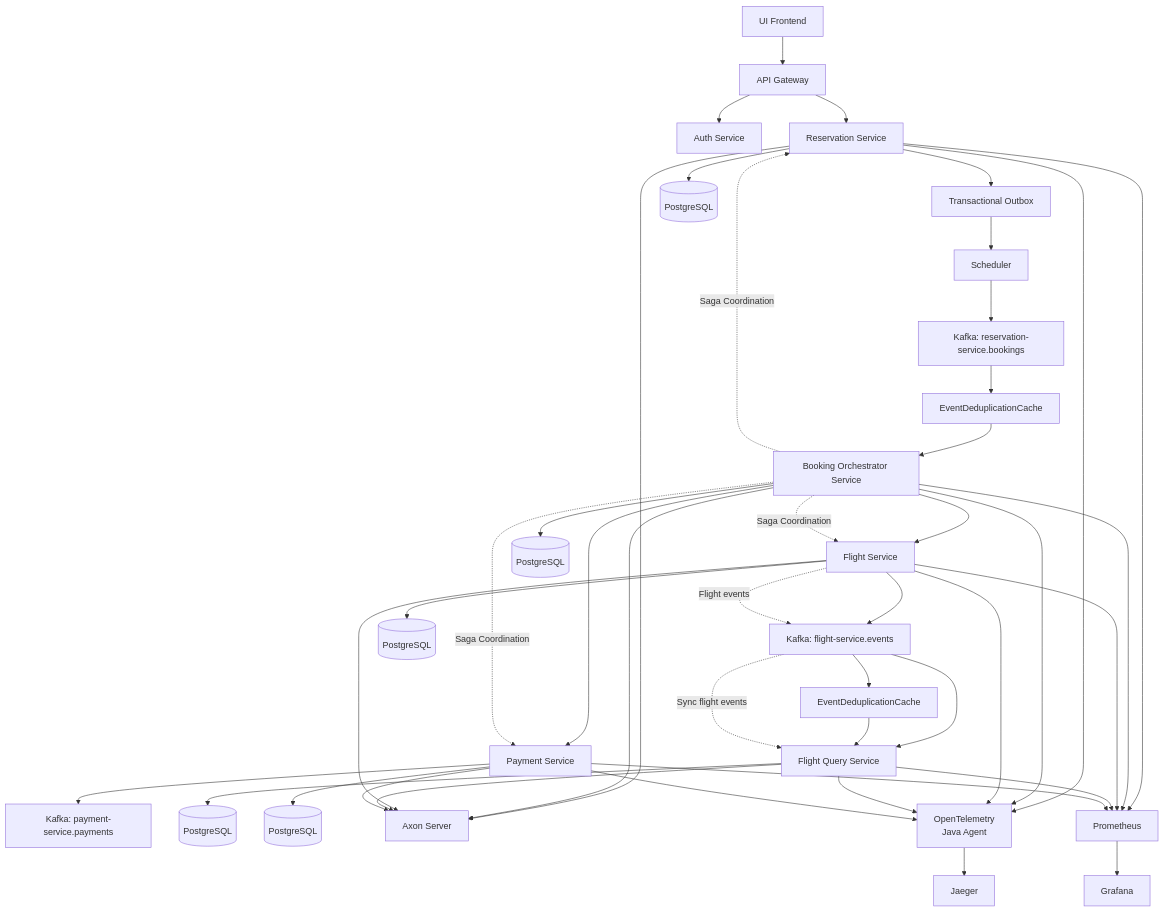
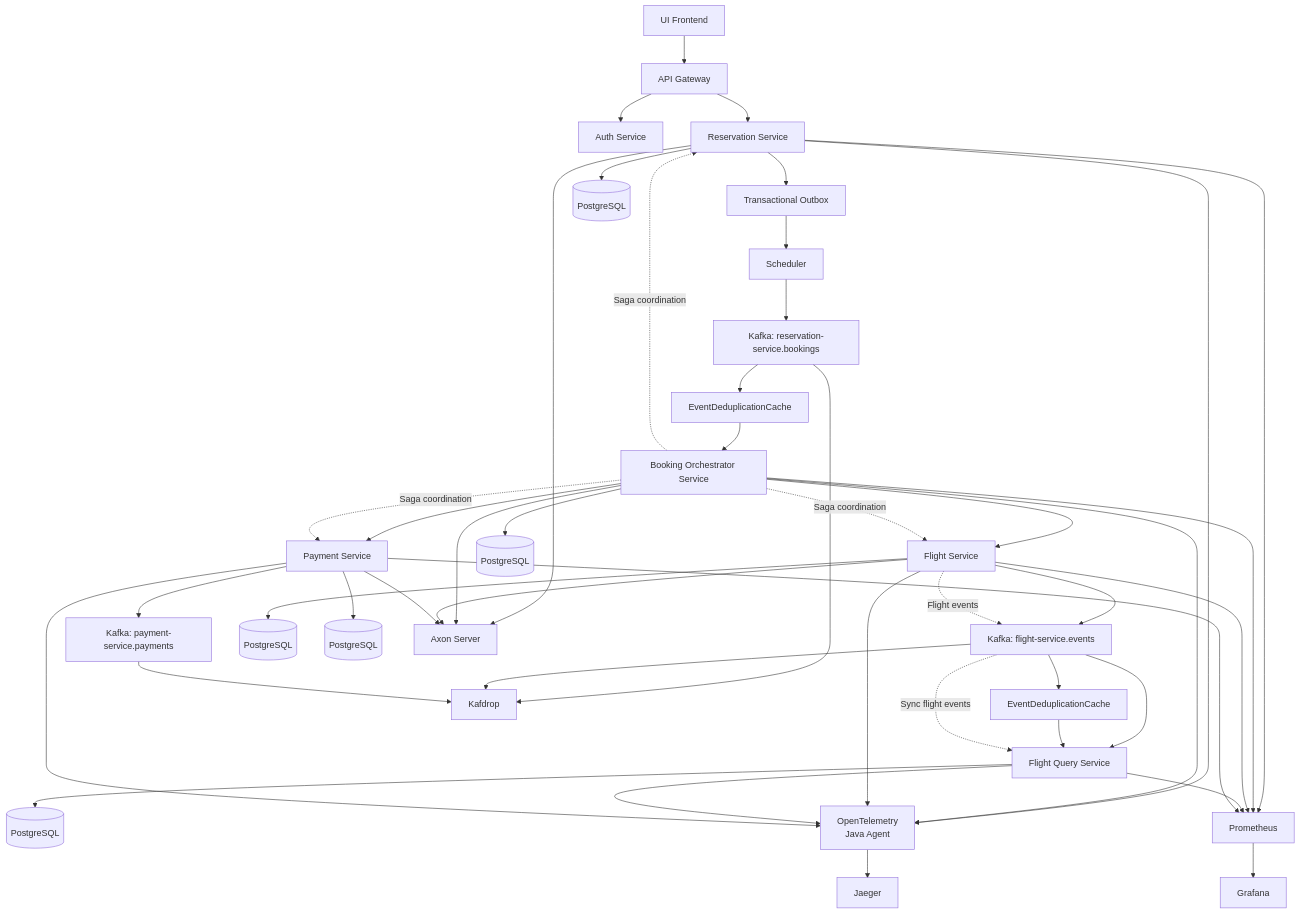
Before and after one commit to vstebletsov89/spring-boot-microservices-saga: the diagram in design.mmd, drawn with Mermaid.

```diff
--- a/design.mmd
+++ b/design.mmd
@@ -1,68 +1,67 @@
 graph TD
 UI[UI Frontend] --> GW[API Gateway]
 
 GW --> AUTH[Auth Service]
 GW --> RES[Reservation Service]
 
 RES --> TOB[Transactional Outbox]
 TOB --> SCH[Scheduler]
 SCH --> KAFKA_RES_TOPIC[Kafka: reservation-service.bookings]
 
 KAFKA_RES_TOPIC --> EDC1[EventDeduplicationCache]
 EDC1 --> ORC[Booking Orchestrator Service]
 
 ORC --> FLIGHT[Flight Service]
 ORC --> PAY[Payment Service]
 
 FLIGHT --> KAFKA_FLIGHT_TOPIC[Kafka: flight-service.events]
 KAFKA_FLIGHT_TOPIC --> FQ[Flight Query Service]
 
 KAFKA_FLIGHT_TOPIC --> EDC2[EventDeduplicationCache]
 EDC2 --> FQ
 
 PAY --> KAFKA_PAYMENT_TOPIC[Kafka: payment-service.payments]
 
 %% Databases
 RES --> PGRES[(PostgreSQL)]
 ORC --> PGBOOK[(PostgreSQL)]
 FLIGHT --> PGFLIGHT[(PostgreSQL)]
 FQ --> PGQUERY[(PostgreSQL)]
 PAY --> PGPAY[(PostgreSQL)]
 
 %% Axon Server
 RES --> AXON[Axon Server]
 ORC --> AXON
 FLIGHT --> AXON
-FQ --> AXON
 PAY --> AXON
 
-%% Monitoring
+%% Tracing
 RES --> OTEL[OpenTelemetry<br/>Java Agent]
 ORC --> OTEL
 FLIGHT --> OTEL
 FQ --> OTEL
 PAY --> OTEL
 
-%% Additional monitoring
+%% Monitoring
 RES --> PROM[Prometheus]
 ORC --> PROM
 FLIGHT --> PROM
 FQ --> PROM
 PAY --> PROM
 PROM --> GRAF[Grafana]
 
 OTEL --> JAEGER[Jaeger]
 
 %% Kafka UI
-%%KAFKA_RES_TOPIC     --> KAFDROP[Kafdrop]
-%%KAFKA_FLIGHT_TOPIC  --> KAFDROP
-%%KAFKA_PAYMENT_TOPIC --> KAFDROP
+KAFKA_RES_TOPIC     --> KAFDROP[Kafdrop]
+KAFKA_FLIGHT_TOPIC  --> KAFDROP
+KAFKA_PAYMENT_TOPIC --> KAFDROP
 
 %% Saga Pattern
-ORC -.->|Saga Coordination| FLIGHT
-ORC -.->|Saga Coordination| PAY
-ORC -.->|Saga Coordination| RES
+ORC -.->|Saga coordination| FLIGHT
+ORC -.->|Saga coordination| PAY
+ORC -.->|Saga coordination| RES
 
 %% Event Flow
 FLIGHT -.->|Flight events| KAFKA_FLIGHT_TOPIC
 KAFKA_FLIGHT_TOPIC -.->|Sync flight events| FQ
```
